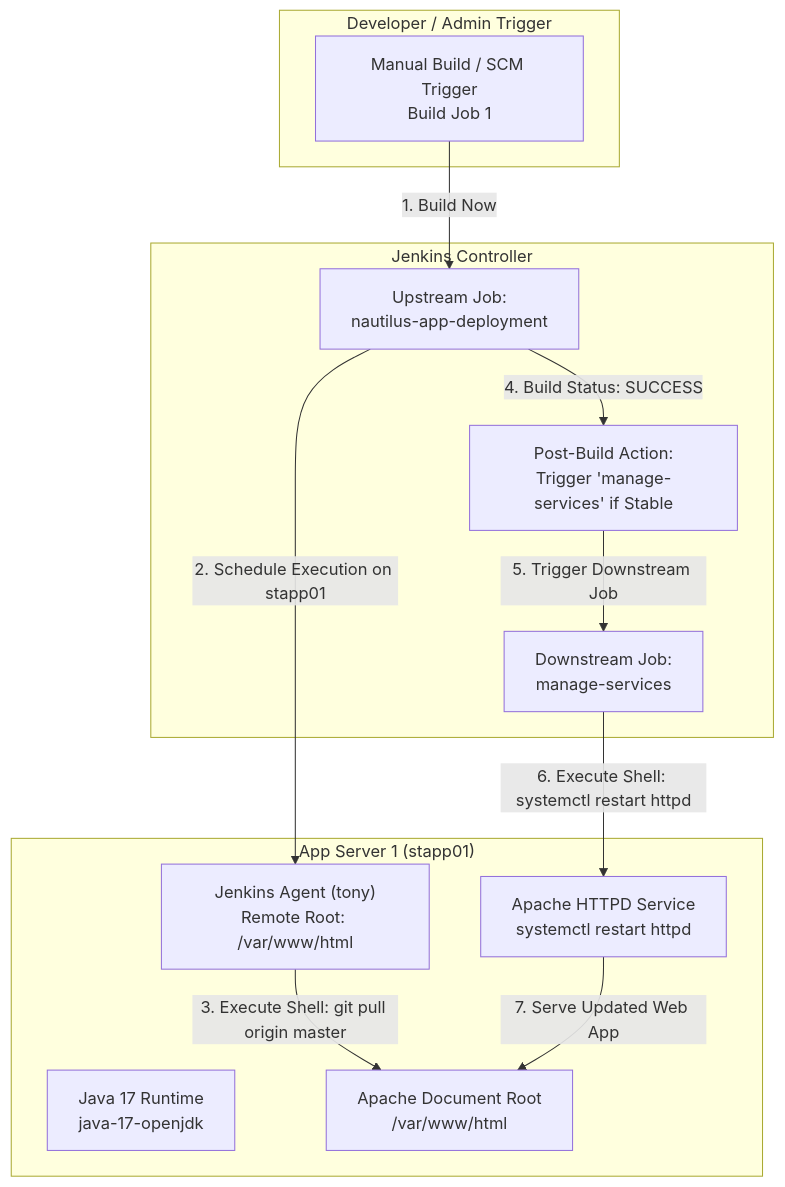
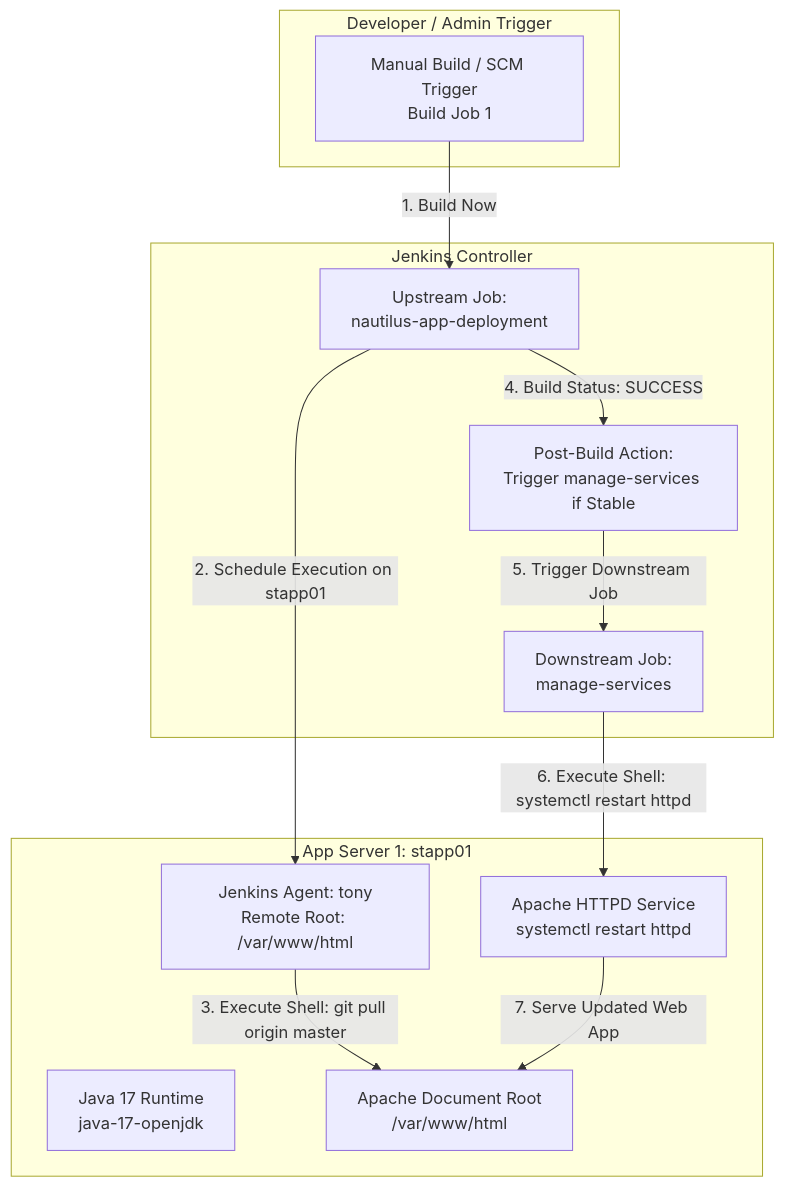
The diagram in challenges/80-jenkins-chained-builds.md (VarunRaje/dev-ops-challenges), drawn with Mermaid before and after one commit. The commit also changed 2 other files, not shown here.

Commit message:
Removing mermaid syntax error

````diff
--- a/challenges/80-jenkins-chained-builds.md
+++ b/challenges/80-jenkins-chained-builds.md
@@ -19,27 +19,27 @@
 ```mermaid
 graph TD
     subgraph UserAction ["Developer / Admin Trigger"]
         Trigger["Manual Build / SCM Trigger<br/>Build Job 1"]
     end
 
     subgraph JenkinsController ["Jenkins Controller"]
         Job1["Upstream Job:<br/>nautilus-app-deployment"]
-        ChainedTrigger["Post-Build Action:<br/>Trigger 'manage-services' if Stable"]
+        ChainedTrigger["Post-Build Action:<br/>Trigger manage-services if Stable"]
         Job2["Downstream Job:<br/>manage-services"]
     end
 
-    subgraph AppServer ["App Server 1 (stapp01)"]
+    subgraph AppServer ["App Server 1: stapp01"]
         Java17["Java 17 Runtime<br/>java-17-openjdk"]
-        Agent["Jenkins Agent (tony)<br/>Remote Root: /var/www/html"]
+        Agent["Jenkins Agent: tony<br/>Remote Root: /var/www/html"]
         WebRoot["Apache Document Root<br/>/var/www/html"]
         Httpd["Apache HTTPD Service<br/>systemctl restart httpd"]
     end
 
-    Trigger -->|1. Build Now| Job1
-    Job1 -->|2. Schedule Execution on stapp01| Agent
-    Agent -->|3. Execute Shell: git pull origin master| WebRoot
-    Job1 -->|4. Build Status: SUCCESS| ChainedTrigger
-    ChainedTrigger -->|5. Trigger Downstream Job| Job2
-    Job2 -->|6. Execute Shell: systemctl restart httpd| Httpd
-    Httpd -->|7. Serve Updated Web App| WebRoot
+    Trigger -->|"1. Build Now"| Job1
+    Job1 -->|"2. Schedule Execution on stapp01"| Agent
+    Agent -->|"3. Execute Shell: git pull origin master"| WebRoot
+    Job1 -->|"4. Build Status: SUCCESS"| ChainedTrigger
+    ChainedTrigger -->|"5. Trigger Downstream Job"| Job2
+    Job2 -->|"6. Execute Shell: systemctl restart httpd"| Httpd
+    Httpd -->|"7. Serve Updated Web App"| WebRoot
 ```
````
